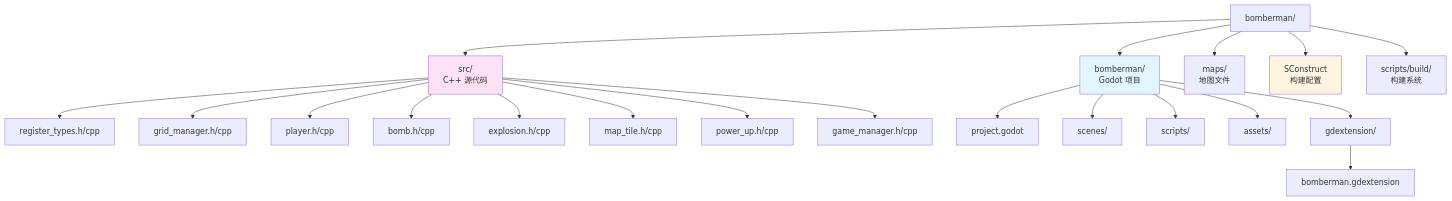
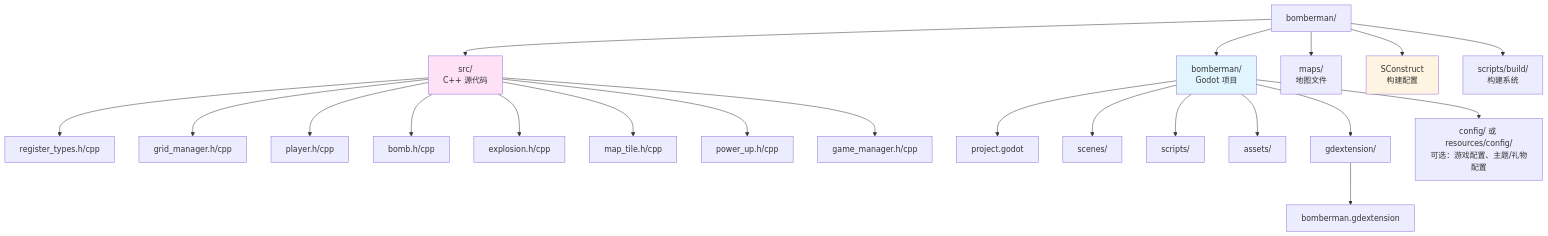
Before and after one commit to convexwf/bomberman-godot: the ninth of 9 diagrams in doc/TECHNICAL_DESIGN.zh-cn.md, drawn with Mermaid. The commit also changed other lines of this file and 3 other files, not shown here.

````diff
--- a/doc/TECHNICAL_DESIGN.zh-cn.md
+++ b/doc/TECHNICAL_DESIGN.zh-cn.md
@@ -506,28 +520,29 @@
 ```mermaid
 graph TD
     A[bomberman/] --> B[src/<br/>C++ 源代码]
     A --> C[bomberman/<br/>Godot 项目]
     A --> D[maps/<br/>地图文件]
     A --> E[SConstruct<br/>构建配置]
     A --> F[scripts/build/<br/>构建系统]
     
     B --> B1[register_types.h/cpp]
     B --> B2[grid_manager.h/cpp]
     B --> B3[player.h/cpp]
     B --> B4[bomb.h/cpp]
     B --> B5[explosion.h/cpp]
     B --> B6[map_tile.h/cpp]
     B --> B7[power_up.h/cpp]
     B --> B8[game_manager.h/cpp]
     
     C --> C1[project.godot]
     C --> C2[scenes/]
     C --> C3[scripts/]
     C --> C4[assets/]
     C --> C5[gdextension/]
     C5 --> C6[bomberman.gdextension]
+    C --> C7[config/ 或 resources/config/<br/>可选：游戏配置、主题/礼物配置]
     
     style B fill:#ffe1f5
     style C fill:#e1f5ff
     style E fill:#fff4e1
 ```
````
